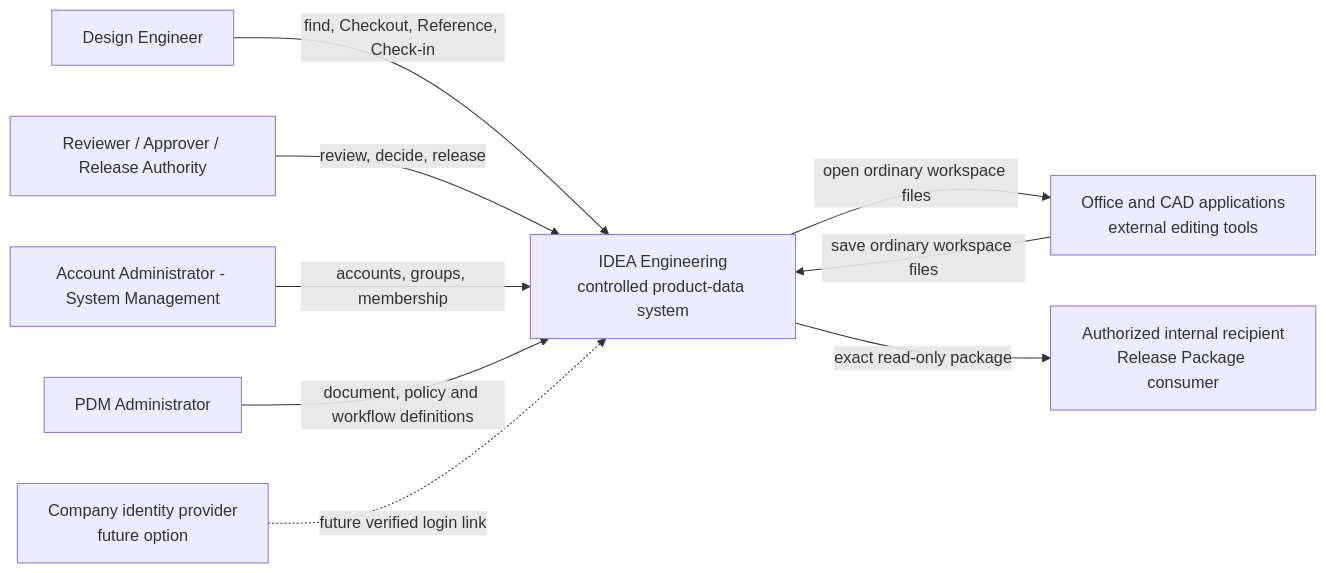
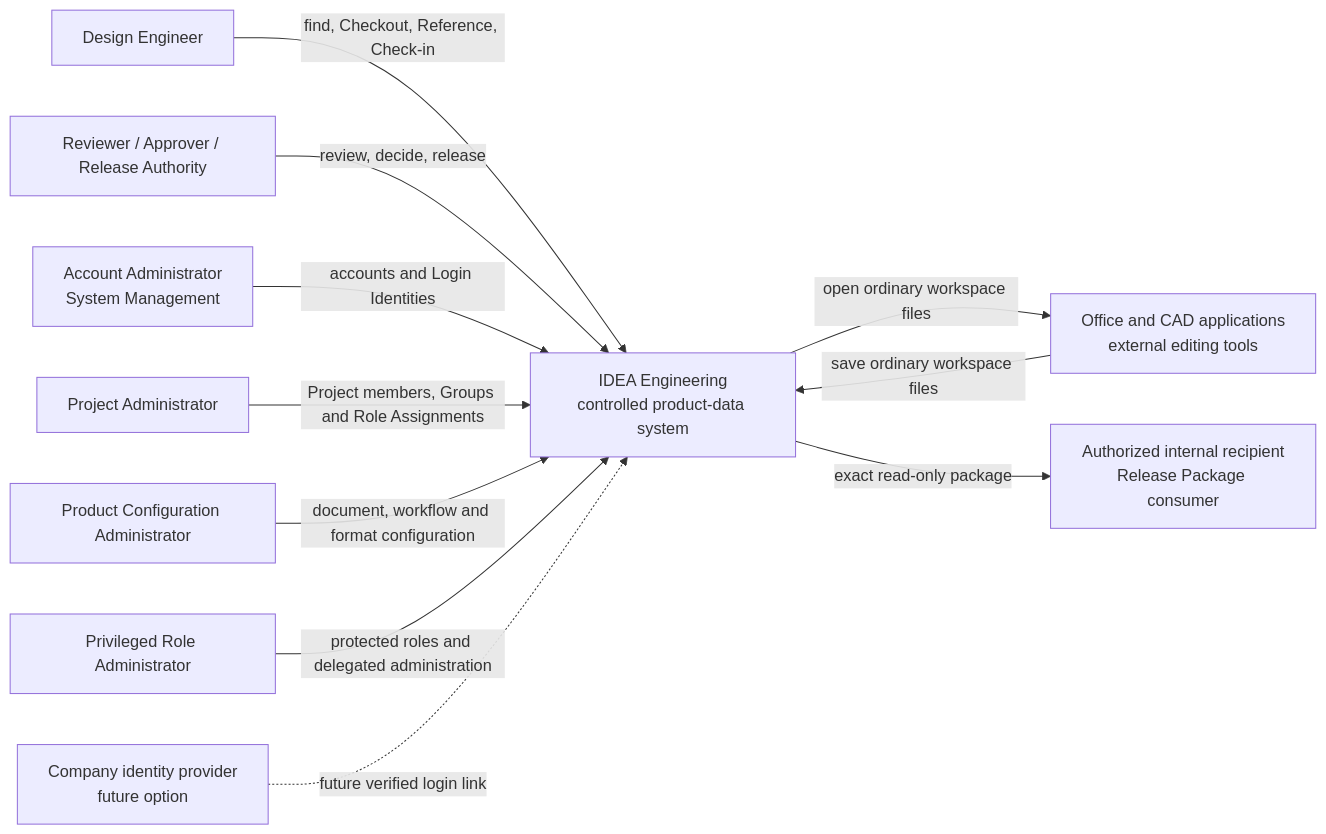
The first of 19 diagrams in docs/product/instances/idea-engineering/DOC-05-architecture-description.md (devphuclam/IDEAEngineering), drawn with Mermaid before and after one commit. The commit also changed other lines of this file and 53 other files, not shown here.

Commit message:
docs: define IDEA architecture and controlled workflows

````diff
--- a/docs/product/instances/idea-engineering/DOC-05-architecture-description.md
+++ b/docs/product/instances/idea-engineering/DOC-05-architecture-description.md
@@ -42,20 +47,27 @@
 ```mermaid
 flowchart LR
+    accTitle: IDEA Engineering system context
+    accDescr: Engineers, reviewers and scoped administrators use IDEA Engineering. Office and CAD applications are external editing tools, a company identity provider is a future option, and authorized recipients consume exact read-only Release Packages. IDEA remains the product-data authority.
+
     engineer["Design Engineer"]
     reviewer["Reviewer / Approver / Release Authority"]
-    accountAdmin["Account Administrator - System Management"]
-    pdmAdmin["PDM Administrator"]
+    accountAdmin["Account Administrator<br/>System Management"]
+    projectAdmin["Project Administrator"]
+    configAdmin["Product Configuration Administrator"]
+    roleAdmin["Privileged Role Administrator"]
     idea["IDEA Engineering<br/>controlled product-data system"]
     apps["Office and CAD applications<br/>external editing tools"]
     companyId["Company identity provider<br/>future option"]
     releaseConsumer["Authorized internal recipient<br/>Release Package consumer"]
 
     engineer -->|find, Checkout, Reference, Check-in| idea
     reviewer -->|review, decide, release| idea
-    accountAdmin -->|accounts, groups, membership| idea
-    pdmAdmin -->|document, policy and workflow definitions| idea
+    accountAdmin -->|accounts and Login Identities| idea
+    projectAdmin -->|Project members, Groups and Role Assignments| idea
+    configAdmin -->|document, workflow and format configuration| idea
+    roleAdmin -->|protected roles and delegated administration| idea
     idea -->|open ordinary workspace files| apps
     apps -->|save ordinary workspace files| idea
     idea -->|exact read-only package| releaseConsumer
     companyId -.->|future verified login link| idea
 ```
````
